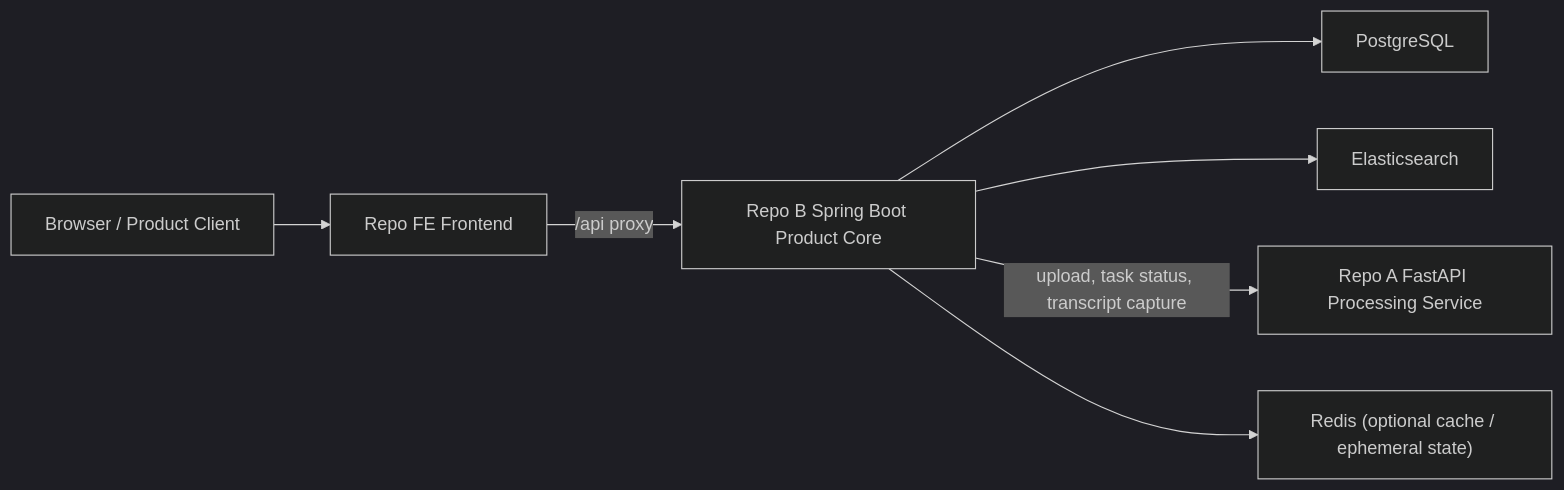
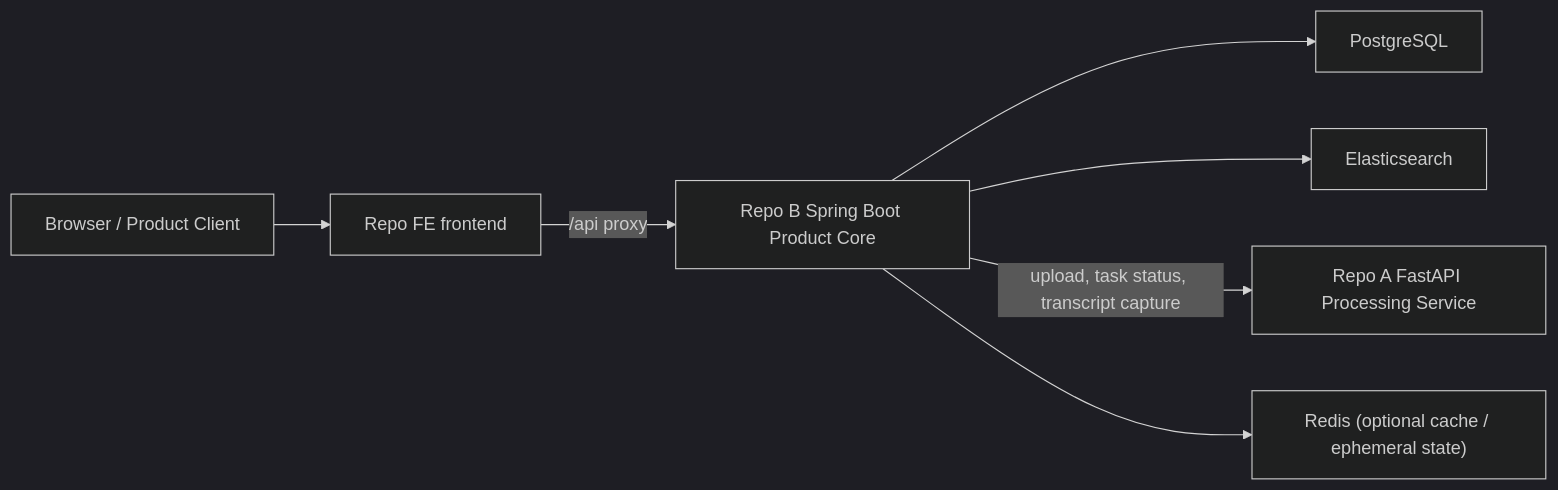
Before and after one commit to quangducnguyen1205/ai-knowledge-workspace: the diagram in docs/architecture/01-system-context.md, drawn with Mermaid (dark theme). The commit also changed 7 other files, not shown here.

````diff
--- a/docs/architecture/01-system-context.md
+++ b/docs/architecture/01-system-context.md
@@ -9,9 +9,9 @@
 ```mermaid
 flowchart LR
-    B["Browser / Product Client"] --> FE["Repo FE Frontend"]
+    B["Browser / Product Client"] --> FE["Repo FE frontend"]
     FE -->|/api proxy| S["Repo B Spring Boot Product Core"]
     S --> P["PostgreSQL"]
     S --> E["Elasticsearch"]
     S -->|upload, task status, transcript capture| F["Repo A FastAPI Processing Service"]
     S --> R["Redis (optional cache / ephemeral state)"]
 ```
````
